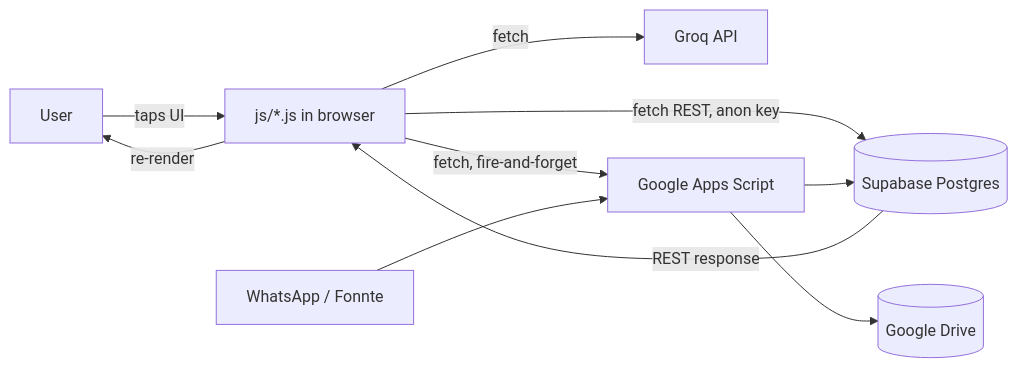
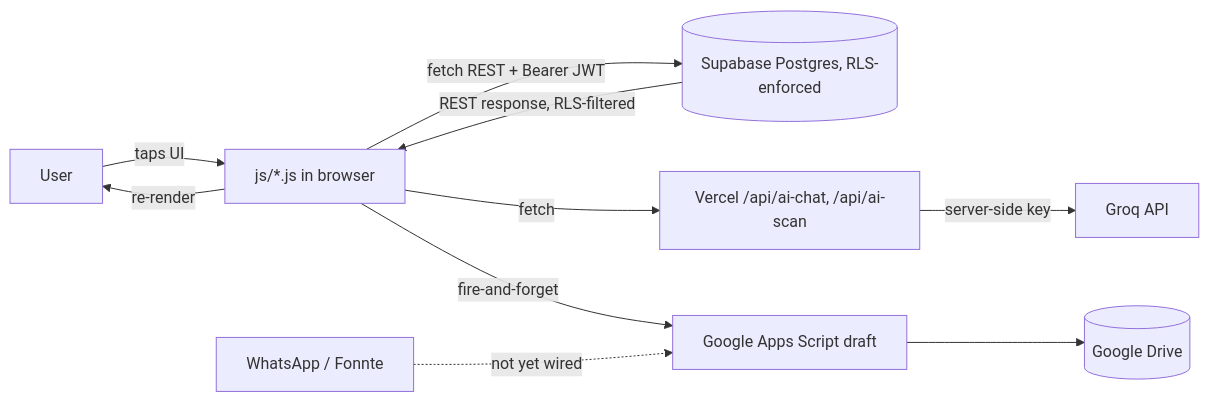
Before and after one commit to fadhillahmaurizky-crypto/ai-finance-app: the first of 3 diagrams in architecture.md, drawn with Mermaid. The commit also changed other lines of this file and 10 other files, not shown here.

````diff
--- a/architecture.md
+++ b/architecture.md
@@ -54,12 +56,12 @@
 ```mermaid
 flowchart LR
     U[User] -->|taps UI| JS[js/*.js in browser]
-    JS -->|fetch REST, anon key| SB[(Supabase Postgres)]
-    JS -->|fetch| GROQ[Groq API]
-    JS -->|fetch, fire-and-forget| GAS[Google Apps Script]
+    JS -->|fetch REST + Bearer JWT| SB[(Supabase Postgres, RLS-enforced)]
+    JS -->|fetch| API[Vercel /api/ai-chat, /api/ai-scan]
+    API -->|server-side key| GROQ[Groq API]
+    JS -->|fire-and-forget| GAS[Google Apps Script draft]
     GAS --> DRIVE[(Google Drive)]
-    WA[WhatsApp / Fonnte] --> GAS
-    GAS --> SB
-    SB -->|REST response| JS
+    WA[WhatsApp / Fonnte] -.->|not yet wired| GAS
+    SB -->|REST response, RLS-filtered| JS
     JS -->|re-render| U
 ```
````
